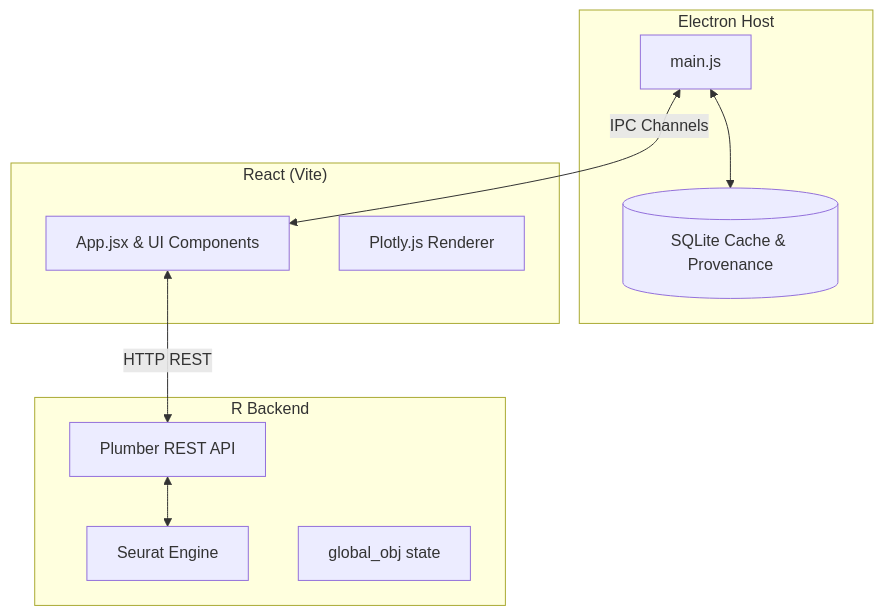
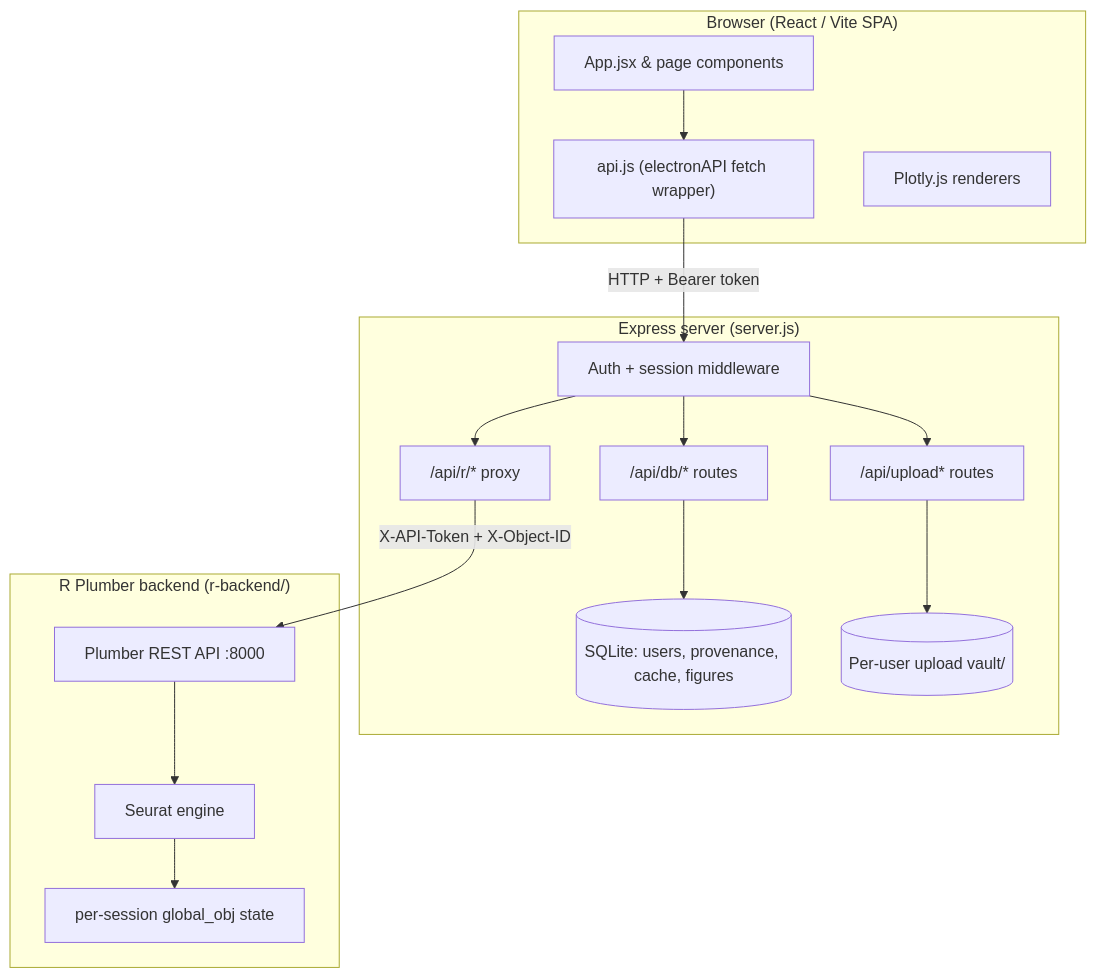
The diagram in docs/architecture.md (IsaacJYPan/scrna-seq), drawn with Mermaid before and after one commit. The commit also changed other lines of this file and 14 other files, not shown here.

````diff
--- a/docs/architecture.md
+++ b/docs/architecture.md
@@ -8,23 +22,30 @@
 ```mermaid
 graph TD
-    subgraph Electron["Electron Host"]
-        Main[main.js]
-        DB[(SQLite Cache & Provenance)]
+    subgraph Browser["Browser (React / Vite SPA)"]
+        UI[App.jsx & page components]
+        APIClient["api.js (electronAPI fetch wrapper)"]
+        Plotly[Plotly.js renderers]
     end
 
-    subgraph Frontend["React (Vite)"]
-        UI[App.jsx & UI Components]
-        Plotly[Plotly.js Renderer]
+    subgraph Node["Express server (server.js)"]
+        Auth[Auth + session middleware]
+        DBAPI["/api/db/* routes"]
+        Upload["/api/upload* routes"]
+        Proxy["/api/r/* proxy"]
+        DB[(SQLite: users, provenance, cache, figures)]
+        Vault[(Per-user upload vault/)]
     end
 
-    subgraph Backend["R Backend"]
-        Plumber[Plumber REST API]
-        Seurat[Seurat Engine]
-        GlobalObj[global_obj state]
+    subgraph RBackend["R Plumber backend (r-backend/)"]
+        Plumber[Plumber REST API :8000]
+        Seurat[Seurat engine]
+        State[per-session global_obj state]
     end
 
-    Main <-->|IPC Channels| UI
-    UI <-->|HTTP REST| Plumber
-    Plumber <--> Seurat
-    Main <--> DB
+    UI --> APIClient
+    APIClient -->|HTTP + Bearer token| Auth
+    Auth --> DBAPI --> DB
+    Auth --> Upload --> Vault
+    Auth --> Proxy -->|X-API-Token + X-Object-ID| Plumber
+    Plumber --> Seurat --> State
 ```
````
